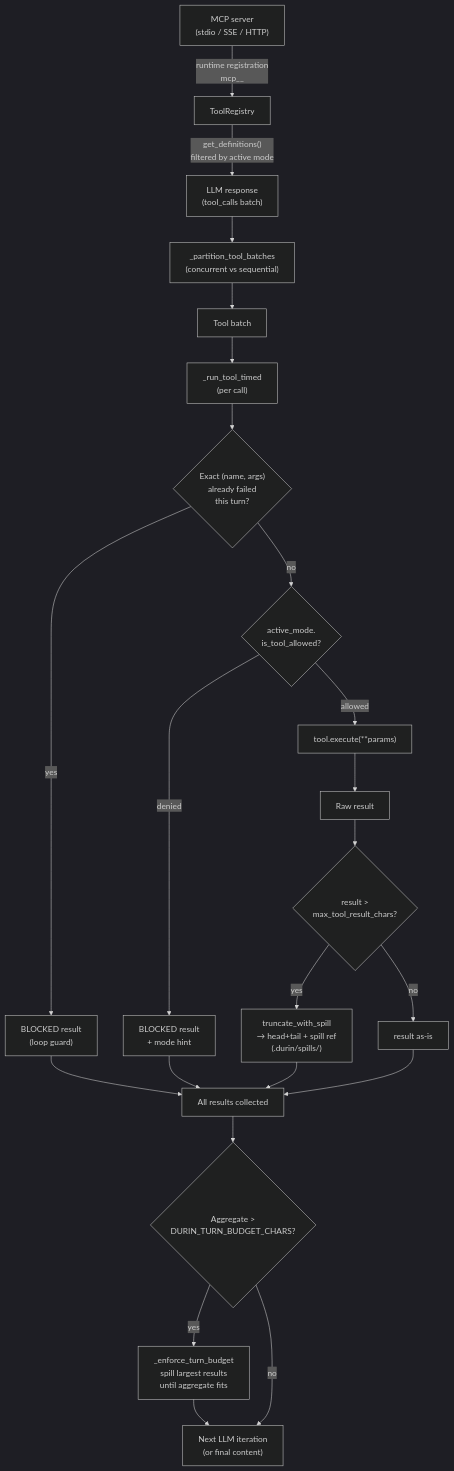
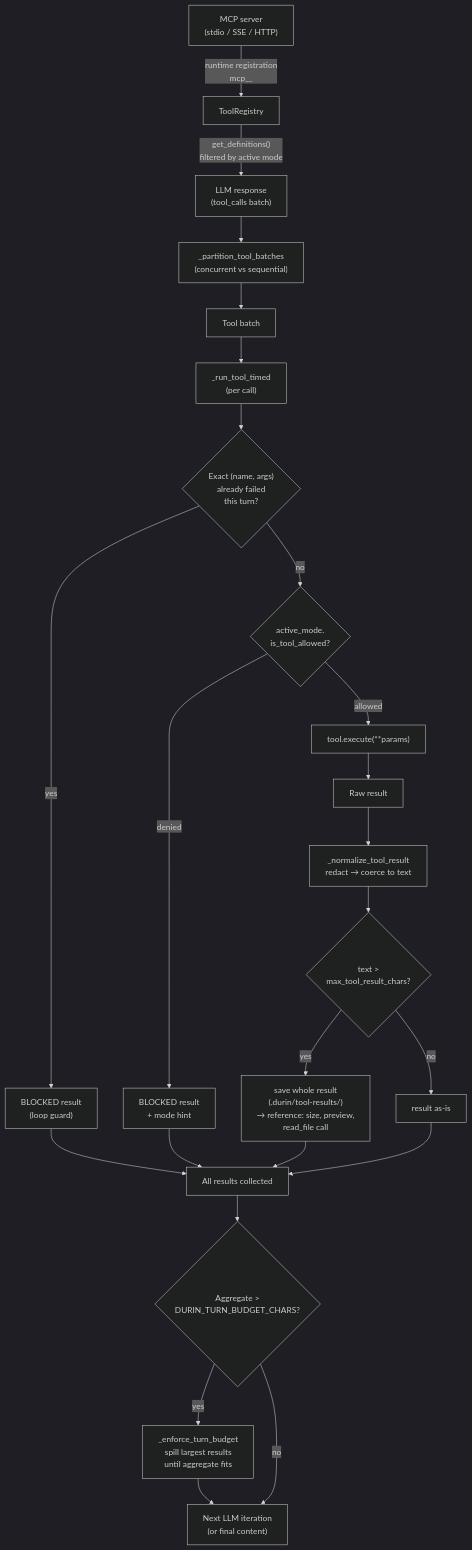
Before and after one commit to mmarmol/durin: the diagram in docs/internals/tools.md, drawn with Mermaid (dark theme). The commit also changed other lines of this file and 4 other files, not shown here.

First line of the commit message:
docs: how tool results reach the model and how the rest is recovered

````diff
--- a/docs/internals/tools.md
+++ b/docs/internals/tools.md
@@ -65,33 +89,34 @@
 ```mermaid
 flowchart TD
     LLM["LLM response\n(tool_calls batch)"] --> PARTITION["_partition_tool_batches\n(concurrent vs sequential)"]
     PARTITION --> BATCH["Tool batch"]
 
     BATCH --> RT["_run_tool_timed\n(per call)"]
 
     RT --> LOOP_CHECK{"Exact (name, args)\nalready failed\nthis turn?"}
     LOOP_CHECK -->|yes| LOOP_BLOCKED["BLOCKED result\n(loop guard)"]
     LOOP_CHECK -->|no| MODE_CHECK{"active_mode.\nis_tool_allowed?"}
 
     MODE_CHECK -->|denied| MODE_BLOCKED["BLOCKED result\n+ mode hint"]
     MODE_CHECK -->|allowed| EXEC["tool.execute(**params)"]
 
     EXEC --> RAW["Raw result"]
-    RAW --> SPILL{"result >\nmax_tool_result_chars?"}
-    SPILL -->|yes| TRUNCATE["truncate_with_spill\n→ head+tail + spill ref\n(.durin/spills/)"]
+    RAW --> NORM["_normalize_tool_result\nredact → coerce to text"]
+    NORM --> SPILL{"text >\nmax_tool_result_chars?"}
+    SPILL -->|yes| TRUNCATE["save whole result\n(.durin/tool-results/)\n→ reference: size, preview,\nread_file call"]
     SPILL -->|no| PASS["result as-is"]
 
     TRUNCATE --> RESULTS
     PASS --> RESULTS
     LOOP_BLOCKED --> RESULTS
     MODE_BLOCKED --> RESULTS
 
     RESULTS["All results collected"]
     RESULTS --> BUDGET{"Aggregate >\nDURIN_TURN_BUDGET_CHARS?"}
     BUDGET -->|yes| ENFORCE["_enforce_turn_budget\nspill largest results\nuntil aggregate fits"]
     BUDGET -->|no| NEXT
     ENFORCE --> NEXT["Next LLM iteration\n(or final content)"]
 
     MCP_SERVER["MCP server\n(stdio / SSE / HTTP)"] -->|"runtime registration\nmcp_<server>_<tool>"| REGISTRY["ToolRegistry"]
     REGISTRY -->|"get_definitions()\nfiltered by active mode"| LLM
 ```
````
